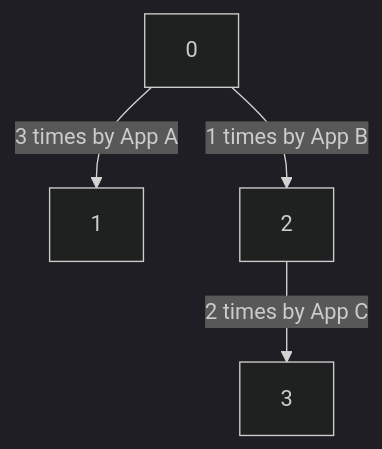
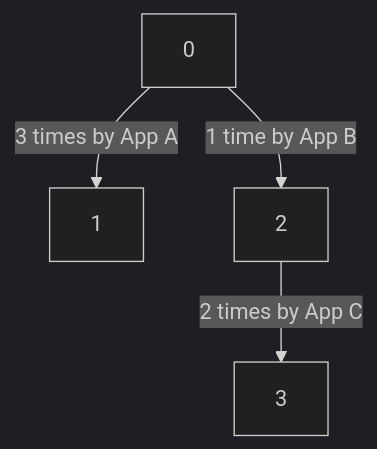
One commit to google-parfait/confidential-federated-compute changed the diagram in ledger_enclave_app/README.md. Above: the diagram before and after it, drawn with Mermaid (dark theme). The commit also changed other lines of this file, not shown here.

Commit message:
Fix broken README link.
The section's id is `encryption-hpke--aead`, not `encryption-hpke-aead`:
https://github.com/google/confidential-federated-compute/tree/main/ledger_enclave_app#encryption-hpke--aead.

Also fix incorrect plural in example access policy ("1 times" -> "1 time").

Bug: 288282266

````diff
--- a/ledger_enclave_app/README.md
+++ b/ledger_enclave_app/README.md
@@ -300,6 +300,6 @@
 ```mermaid
 graph TD
   0 -->|3 times by App A| 1;
-  0 -->|1 times by App B| 2;
+  0 -->|1 time by App B| 2;
   2 -->|2 times by App C| 3;
 ```
````
